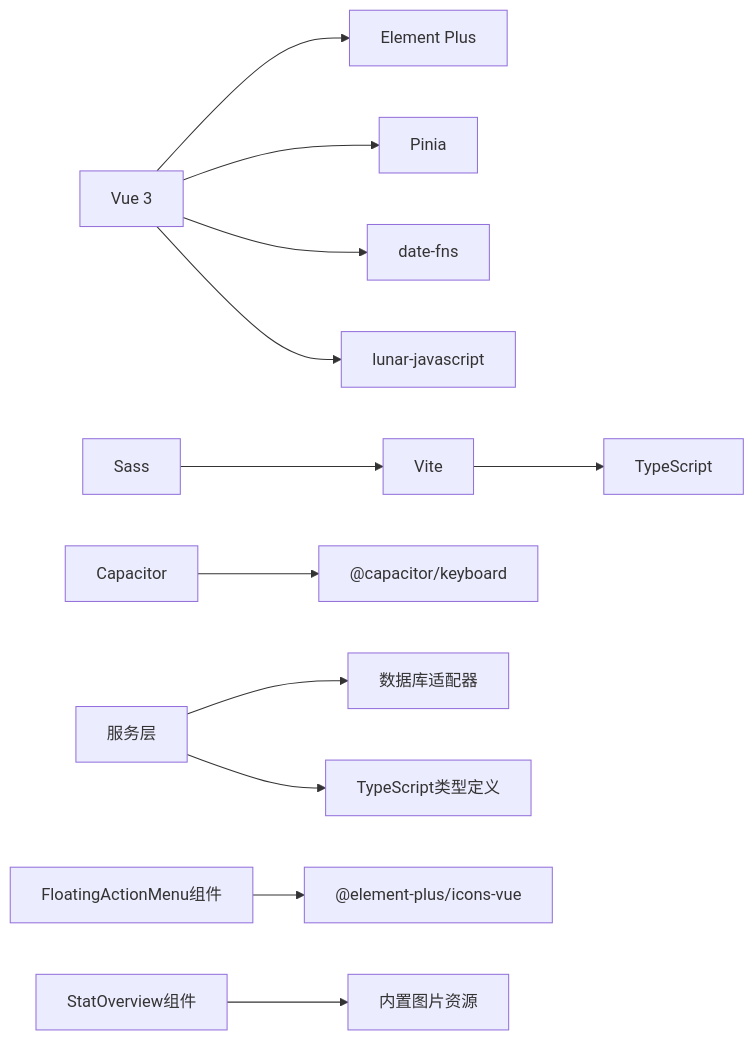
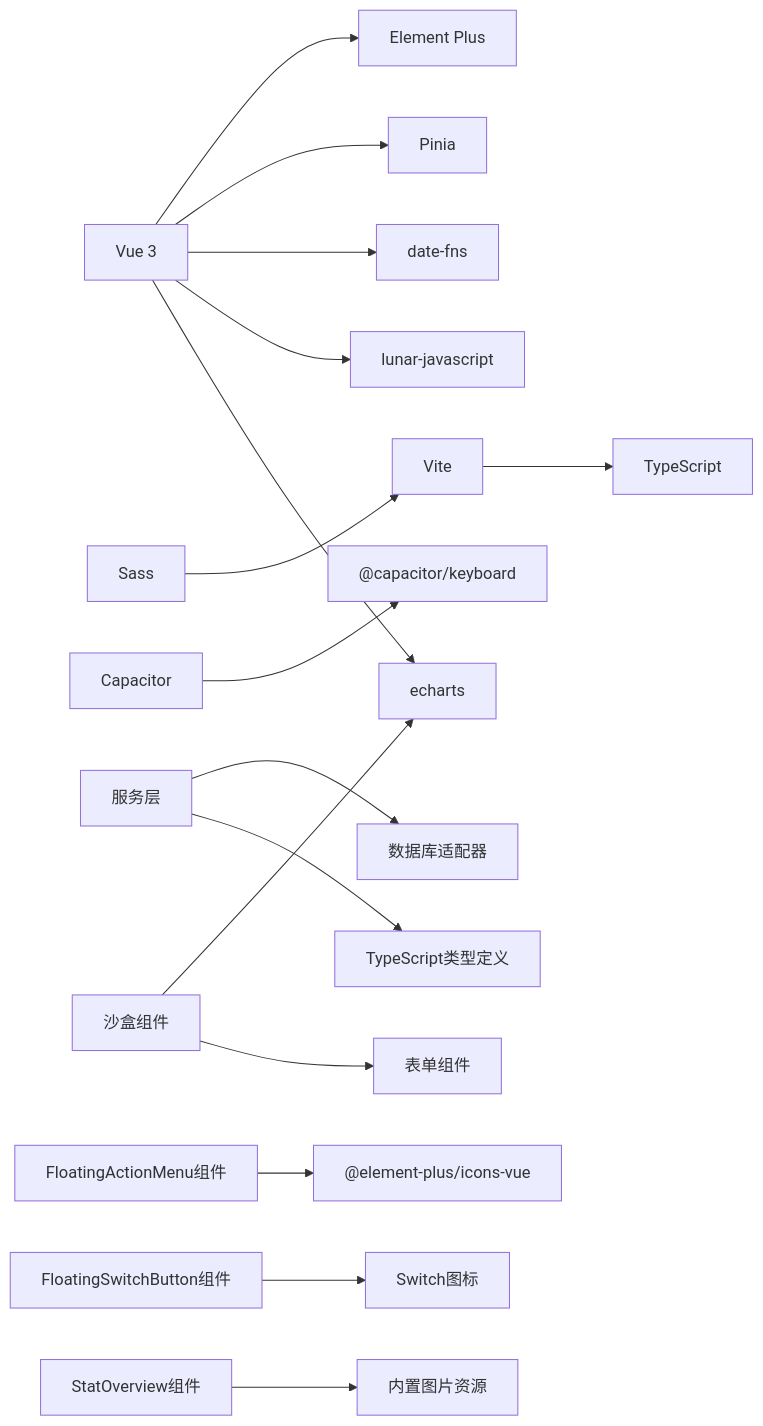
One commit to xiao-lin-unit/yuan changed diagram 18 of 18 in .qoder/repowiki/zh/content/UI组件/UI组件.md. Above: the diagram before and after it, drawn with Mermaid. The commit also changed other lines of this file and 14 other files, not shown here.

````diff
--- a/.qoder/repowiki/zh/content/UI组件/UI组件.md
+++ b/.qoder/repowiki/zh/content/UI组件/UI组件.md
@@ -901,14 +1220,18 @@
 ```mermaid
 graph LR
 VUE["Vue 3"] --> EP["Element Plus"]
 VUE --> PINIA["Pinia"]
 VUE --> DATEFNS["date-fns"]
 VUE --> LUNAR["lunar-javascript"]
+VUE --> ECHARTS["echarts"]
 VITE["Vite"] --> TS["TypeScript"]
 SASS["Sass"] --> VITE
 CAP["Capacitor"] --> KEYBOARD["@capacitor/keyboard"]
 SERVICE["服务层"] --> DB["数据库适配器"]
 SERVICE --> TYPES["TypeScript类型定义"]
 FAM["FloatingActionMenu组件"] --> ICONS["@element-plus/icons-vue"]
+FSB["FloatingSwitchButton组件"] --> SWITCH["Switch图标"]
+SANDBOX["沙盒组件"] --> ECHARTS
+SANDBOX --> FORM["表单组件"]
 STATOVERVIEW["StatOverview组件"] --> IMG["内置图片资源"]
 ```
````
